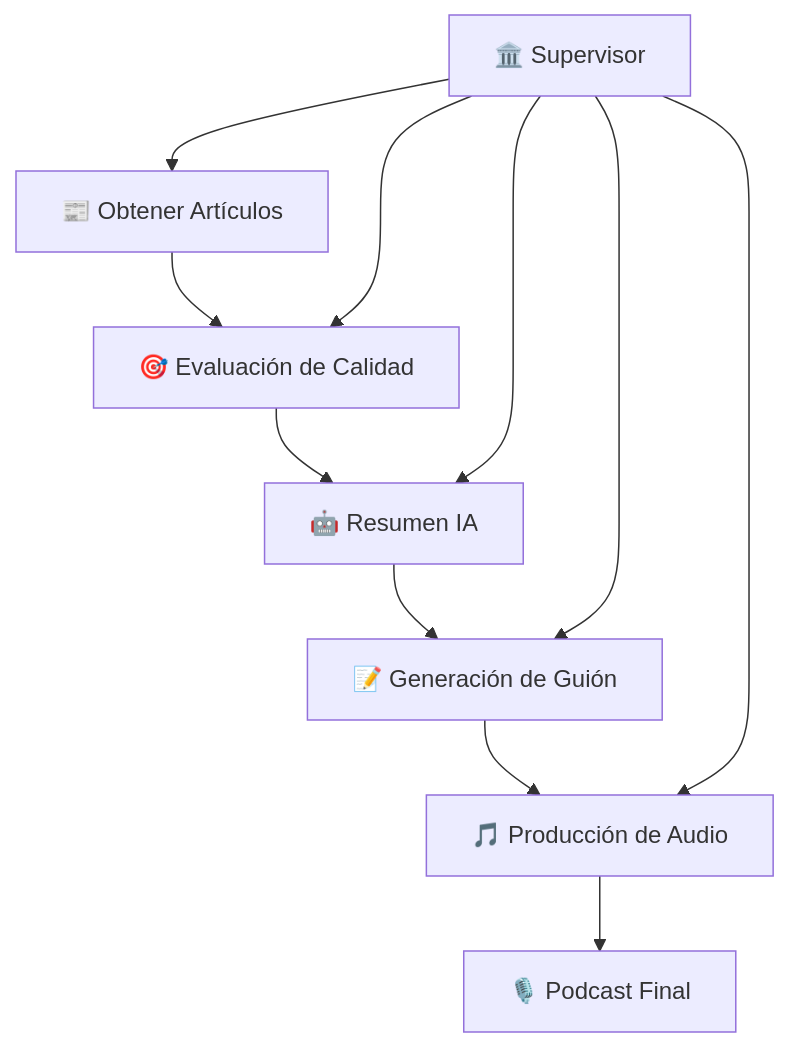
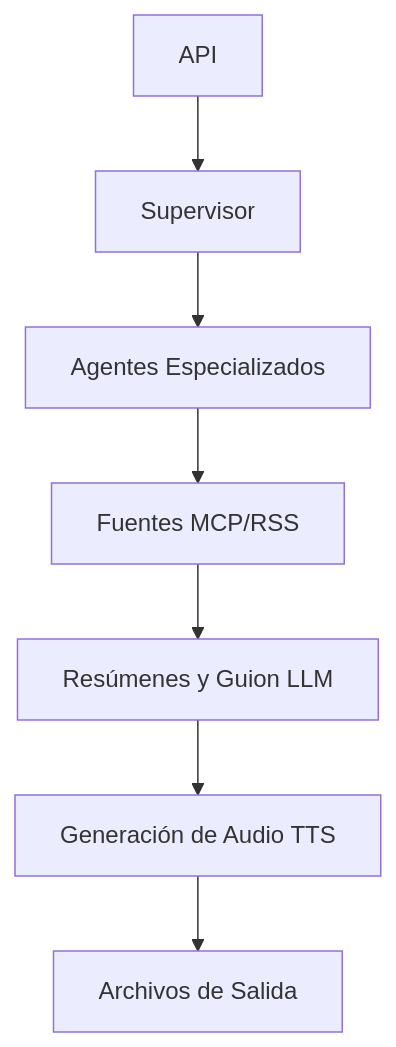
Before and after one commit to GTuritto/AI-parrot: the diagram in GUIA_EDUCATIVA_ES.md, drawn with Mermaid. The commit also changed other lines of this file and 31 other files, not shown here.

````diff
--- a/GUIA_EDUCATIVA_ES.md
+++ b/GUIA_EDUCATIVA_ES.md
@@ -50,14 +76,9 @@
 ```mermaid
 graph TD
-    A[📰 Obtener Artículos] --> B[🎯 Evaluación de Calidad]
-    B --> C[🤖 Resumen IA]
-    C --> D[📝 Generación de Guión]
-    D --> E[🎵 Producción de Audio]
-    E --> F[🎙️ Podcast Final]
-    
-    G[🏛️ Supervisor] --> A
-    G --> B
-    G --> C
-    G --> D
-    G --> E
+    A[API] --> B[Supervisor]
+    B --> C[Agentes Especializados]
+    C --> D[Fuentes MCP/RSS]
+    D --> E[Resúmenes y Guion LLM]
+    E --> F[Generación de Audio TTS]
+    F --> G[Archivos de Salida]
 ```
````
